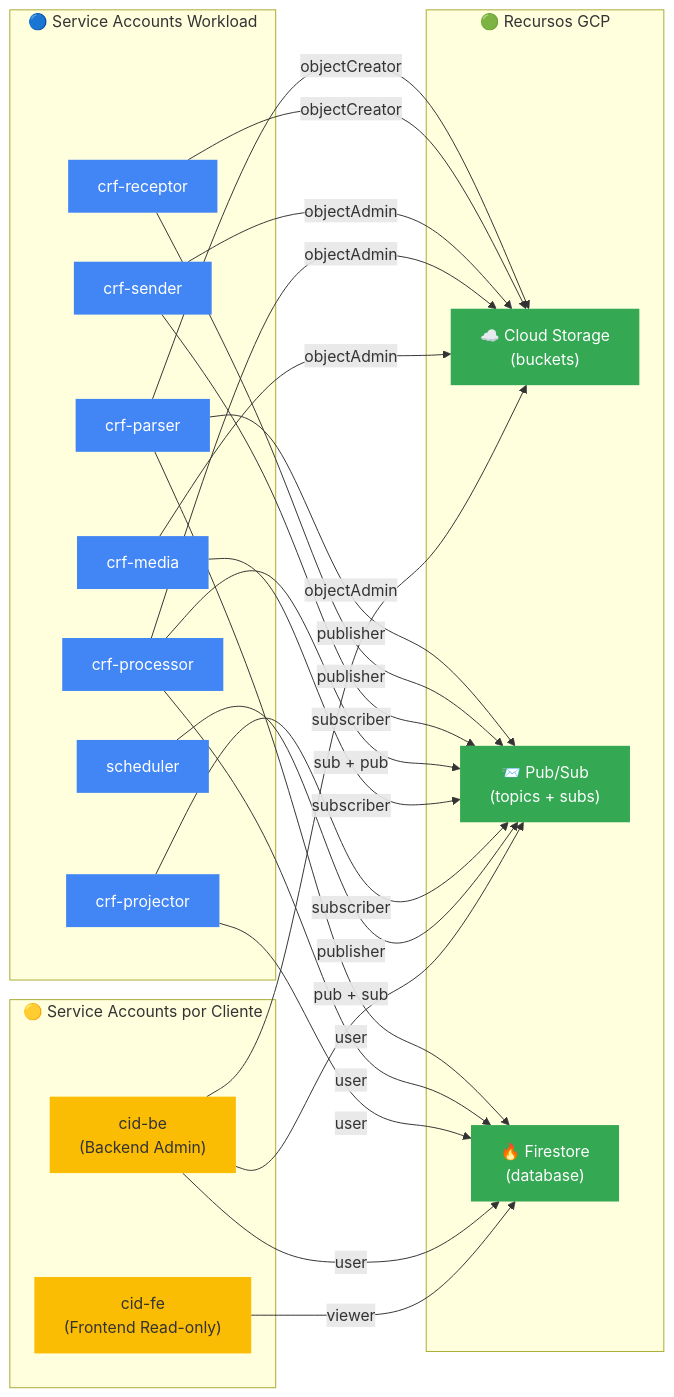
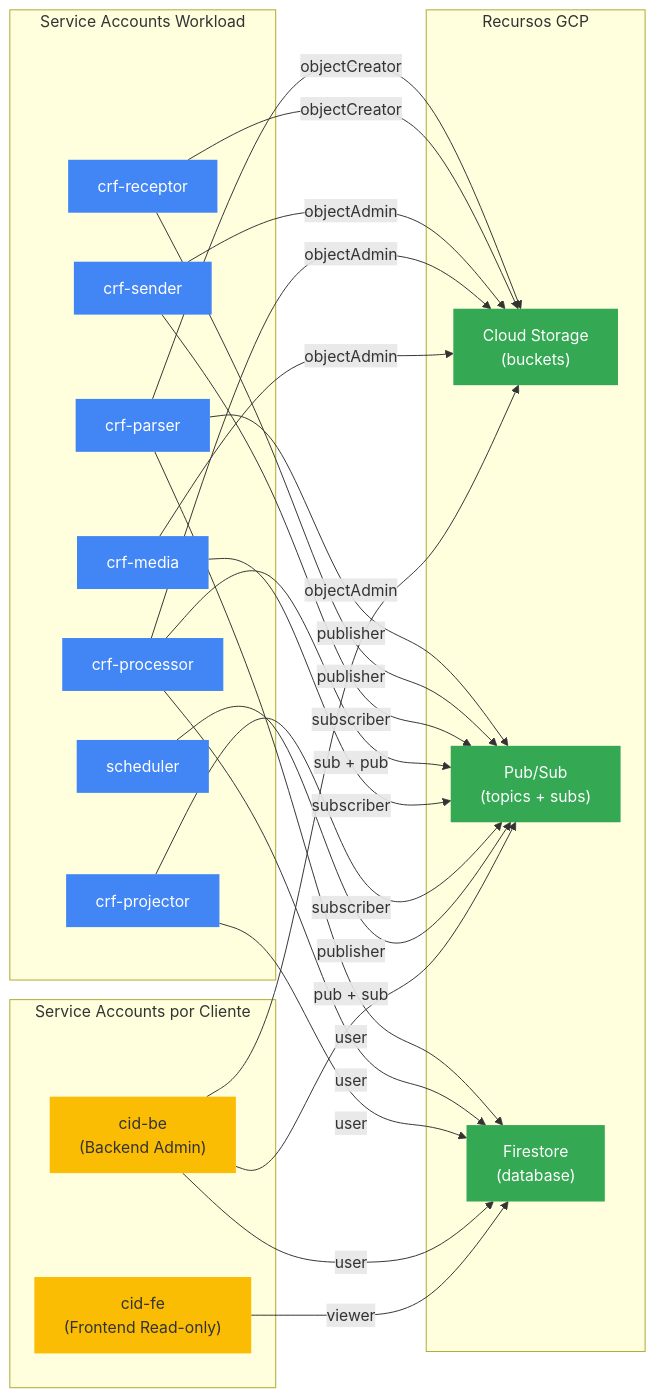
The fifth of 10 diagrams in vitesse_terraform_design.md (marioguaqueta/vitesse-message-pub-sub-service), drawn with Mermaid before and after one commit. The commit also changed other lines of this file and 1 other file, not shown here.

````diff
--- a/vitesse_terraform_design.md
+++ b/vitesse_terraform_design.md
@@ -635,48 +635,48 @@
 ```mermaid
 graph LR
-    classDef sa     fill:#4285F4,color:#fff,stroke:none
-    classDef res    fill:#34A853,color:#fff,stroke:none
-    classDef tenant fill:#FBBC04,color:#333,stroke:none
+  classDef sa   fill:#4285F4,color:#fff,stroke:none
+  classDef res  fill:#34A853,color:#fff,stroke:none
+  classDef tenant fill:#FBBC04,color:#333,stroke:none
 
-    subgraph WORKLOAD["🔵 Service Accounts Workload"]
-        PARSER["crf-parser"]:::sa
-        RECEPTOR["crf-receptor"]:::sa
-        SENDER["crf-sender"]:::sa
-        PROCESSOR["crf-processor"]:::sa
-        MEDIA["crf-media"]:::sa
-        PROJECTOR["crf-projector"]:::sa
-        SCHED["scheduler"]:::sa
-    end
+  subgraph WORKLOAD["Service Accounts Workload"]
+    PARSER["crf-parser"]:::sa
+    RECEPTOR["crf-receptor"]:::sa
+    SENDER["crf-sender"]:::sa
+    PROCESSOR["crf-processor"]:::sa
+    MEDIA["crf-media"]:::sa
+    PROJECTOR["crf-projector"]:::sa
+    SCHED["scheduler"]:::sa
+  end
 
-    subgraph CUSTOMER_SA["🟡 Service Accounts por Cliente"]
-        BE["cid-be\n(Backend Admin)"]:::tenant
-        FE["cid-fe\n(Frontend Read-only)"]:::tenant
-    end
+  subgraph CUSTOMER_SA["Service Accounts por Cliente"]
+    BE["cid-be\n(Backend Admin)"]:::tenant
+    FE["cid-fe\n(Frontend Read-only)"]:::tenant
+  end
 
-    subgraph RESOURCES["🟢 Recursos GCP"]
-        GCS["☁️ Cloud Storage\n(buckets)"]:::res
-        PS["📨 Pub/Sub\n(topics + subs)"]:::res
-        FS["🔥 Firestore\n(database)"]:::res
-    end
+  subgraph RESOURCES["Recursos GCP"]
+    GCS["Cloud Storage\n(buckets)"]:::res
+    PS["Pub/Sub\n(topics + subs)"]:::res
+    FS["Firestore\n(database)"]:::res
+  end
 
-    PARSER  -->|objectCreator| GCS
-    PARSER  -->|publisher| PS
-    PARSER  -->|user| FS
-    RECEPTOR -->|objectCreator| GCS
-    RECEPTOR -->|publisher| PS
-    SENDER   -->|objectAdmin| GCS
-    SENDER   -->|subscriber| PS
-    PROCESSOR -->|objectAdmin| GCS
-    PROCESSOR -->|sub + pub| PS
-    PROCESSOR -->|user| FS
-    MEDIA    -->|objectAdmin| GCS
-    MEDIA    -->|subscriber| PS
-    PROJECTOR -->|subscriber| PS
-    PROJECTOR -->|user| FS
-    SCHED   -->|publisher| PS
+  PARSER -->|objectCreator| GCS
+  PARSER -->|publisher| PS
+  PARSER -->|user| FS
+  RECEPTOR -->|objectCreator| GCS
+  RECEPTOR -->|publisher| PS
+  SENDER  -->|objectAdmin| GCS
+  SENDER  -->|subscriber| PS
+  PROCESSOR -->|objectAdmin| GCS
+  PROCESSOR -->|sub + pub| PS
+  PROCESSOR -->|user| FS
+  MEDIA  -->|objectAdmin| GCS
+  MEDIA  -->|subscriber| PS
+  PROJECTOR -->|subscriber| PS
+  PROJECTOR -->|user| FS
+  SCHED  -->|publisher| PS
 
-    BE -->|objectAdmin| GCS
-    BE -->|pub + sub| PS
-    BE -->|user| FS
-    FE -->|viewer| FS
+  BE -->|objectAdmin| GCS
+  BE -->|pub + sub| PS
+  BE -->|user| FS
+  FE -->|viewer| FS
 ```
````
